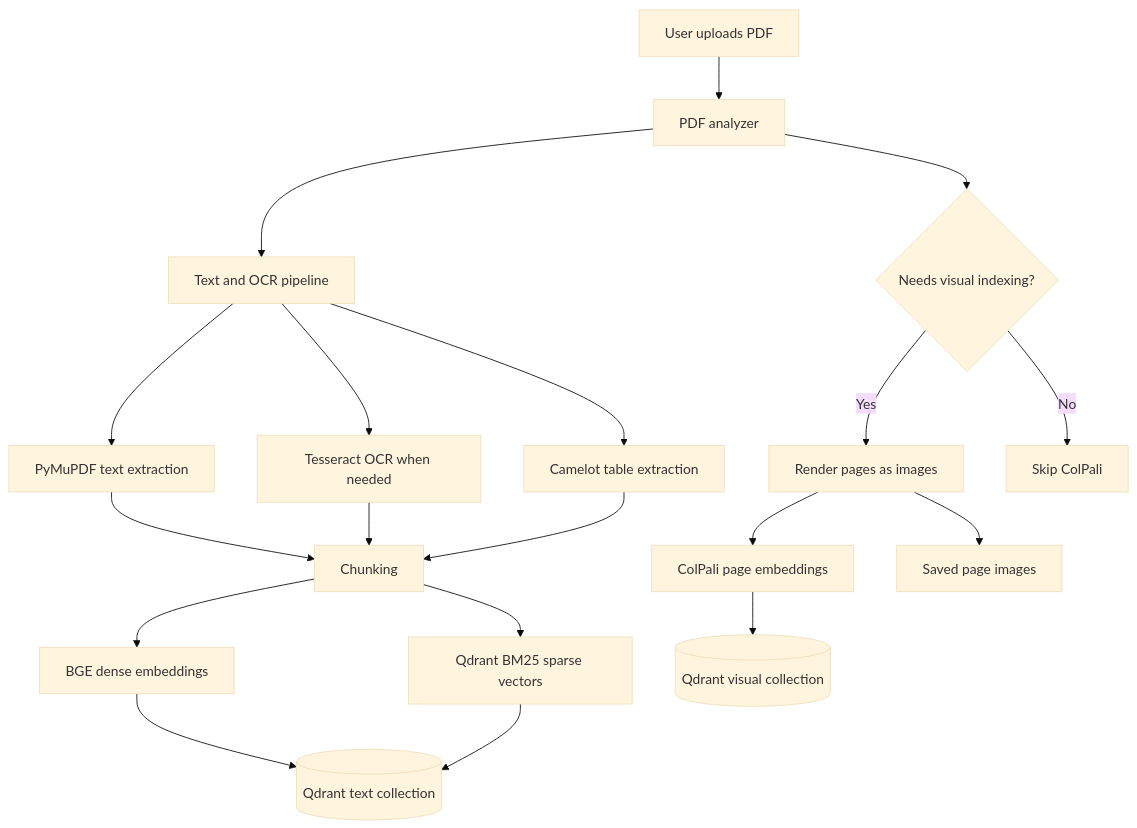
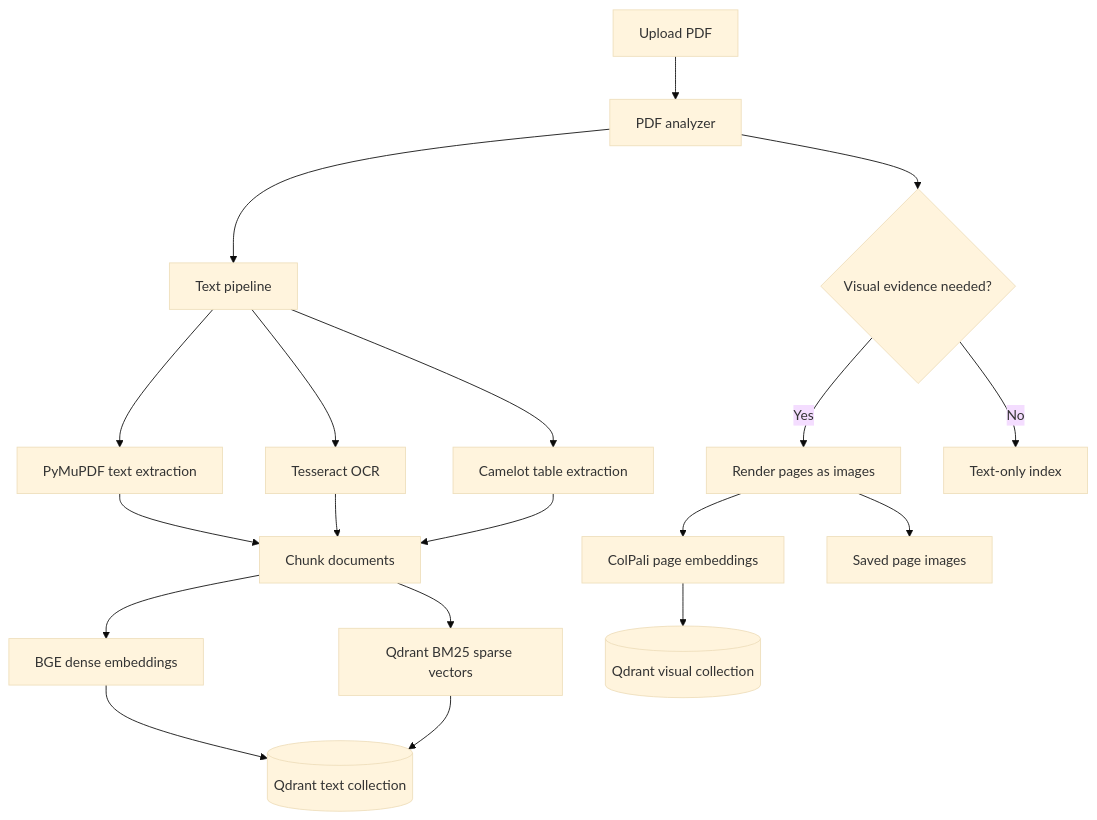
One commit to charan-x16/Retriva changed the first of 2 diagrams in README.md. Above: the diagram before and after it, drawn with Mermaid (base theme). The commit also changed other lines of this file, not shown here.

````diff
--- a/README.md
+++ b/README.md
@@ -71,23 +78,24 @@
 ```mermaid
 flowchart TD
-    U[User uploads PDF] --> A[PDF analyzer]
-    A --> T[Text and OCR pipeline]
-    A --> V{Needs visual indexing?}
+    A[Upload PDF] --> B[PDF analyzer]
+    B --> C[Text pipeline]
+    B --> D{Visual evidence needed?}
 
-    T --> T1[PyMuPDF text extraction]
-    T --> T2[Tesseract OCR when needed]
-    T --> T3[Camelot table extraction]
-    T1 --> C[Chunking]
-    T2 --> C
-    T3 --> C
-    C --> D[BGE dense embeddings]
-    C --> S[Qdrant BM25 sparse vectors]
-    D --> Q[(Qdrant text collection)]
-    S --> Q
+    C --> C1[PyMuPDF text extraction]
+    C --> C2[Tesseract OCR]
+    C --> C3[Camelot table extraction]
+    C1 --> E[Chunk documents]
+    C2 --> E
+    C3 --> E
 
-    V -->|Yes| V1[Render pages as images]
-    V -->|No| SKIP[Skip ColPali]
-    V1 --> V2[ColPali page embeddings]
-    V2 --> QV[(Qdrant visual collection)]
-    V1 --> IMG[Saved page images]
+    E --> F[BGE dense embeddings]
+    E --> G[Qdrant BM25 sparse vectors]
+    F --> H[(Qdrant text collection)]
+    G --> H
+
+    D -->|Yes| I[Render pages as images]
+    I --> J[ColPali page embeddings]
+    J --> K[(Qdrant visual collection)]
+    I --> L[Saved page images]
+    D -->|No| M[Text-only index]
 ```
````
